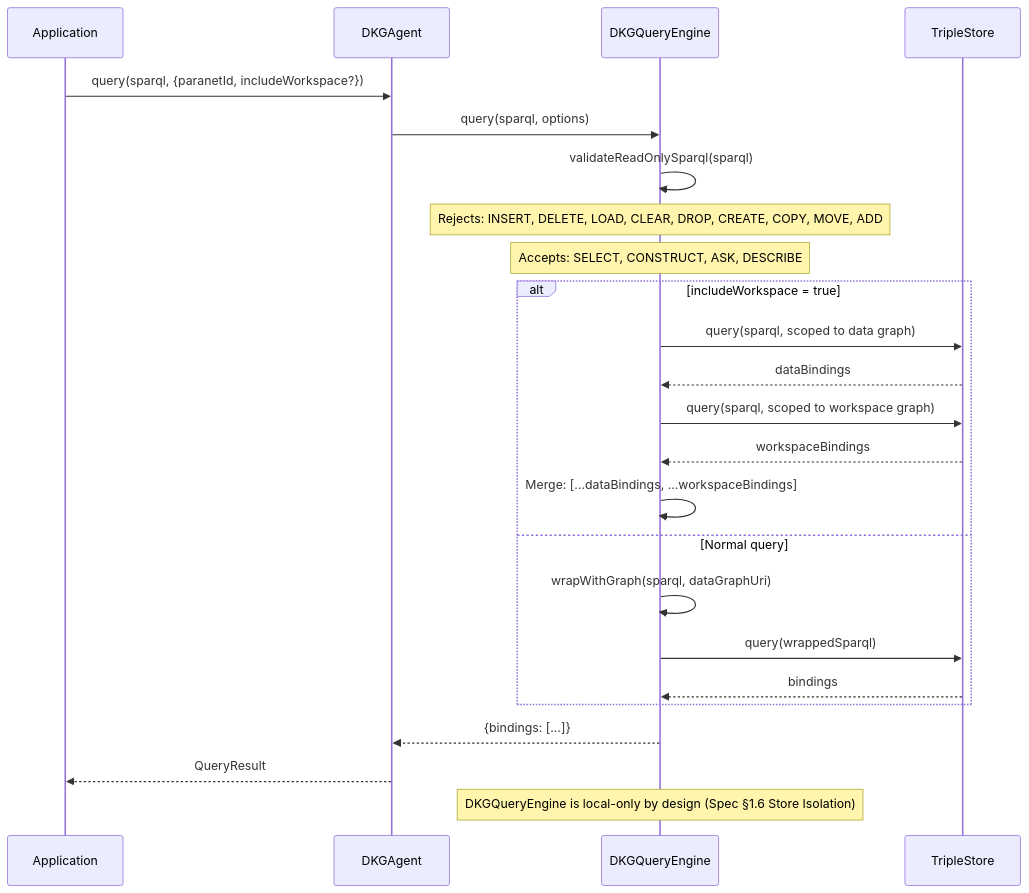
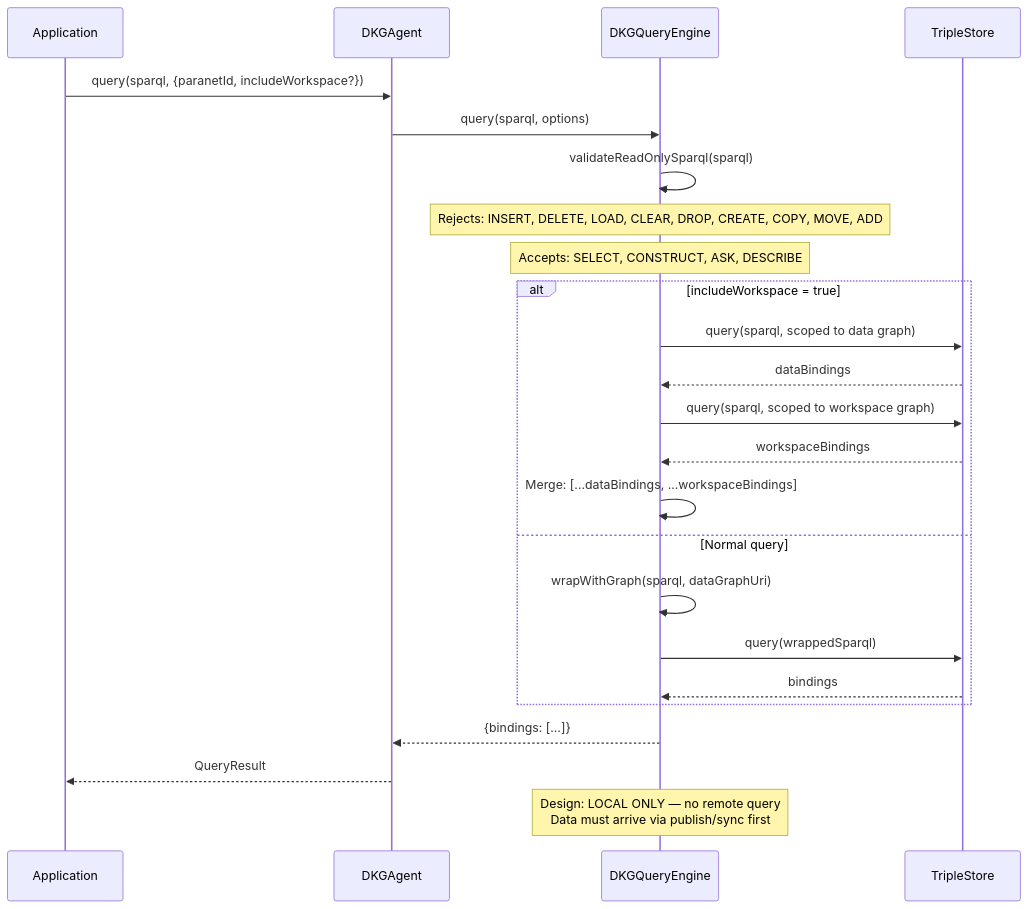
Before and after one commit to OriginTrail/dkg-v9: diagram 11 of 18 in docs/v9-protocol-operations.md, drawn with Mermaid. The commit also changed other lines of this file and 12 other files, not shown here.

````diff
--- a/docs/v9-protocol-operations.md
+++ b/docs/v9-protocol-operations.md
@@ -576,32 +964,32 @@
 ```mermaid
 sequenceDiagram
     participant App as Application
     participant Agent as DKGAgent
     participant QE as DKGQueryEngine
     participant Store as TripleStore
 
     App->>Agent: query(sparql, {paranetId, includeWorkspace?})
 
     Agent->>QE: query(sparql, options)
 
     QE->>QE: validateReadOnlySparql(sparql)
     Note over QE: Rejects: INSERT, DELETE, LOAD, CLEAR, DROP, CREATE, COPY, MOVE, ADD
     Note over QE: Accepts: SELECT, CONSTRUCT, ASK, DESCRIBE
 
     alt includeWorkspace = true
         QE->>Store: query(sparql, scoped to data graph)
         Store-->>QE: dataBindings
         QE->>Store: query(sparql, scoped to workspace graph)
         Store-->>QE: workspaceBindings
         QE->>QE: Merge: [...dataBindings, ...workspaceBindings]
     else Normal query
         QE->>QE: wrapWithGraph(sparql, dataGraphUri)
         QE->>Store: query(wrappedSparql)
         Store-->>QE: bindings
     end
 
     QE-->>Agent: {bindings: [...]}
     Agent-->>App: QueryResult
 
-    Note over QE: DKGQueryEngine is local-only by design (Spec §1.6 Store Isolation)
+    Note over QE: Design: LOCAL ONLY — no remote query<br/>Data must arrive via publish/sync first
 ```
````
